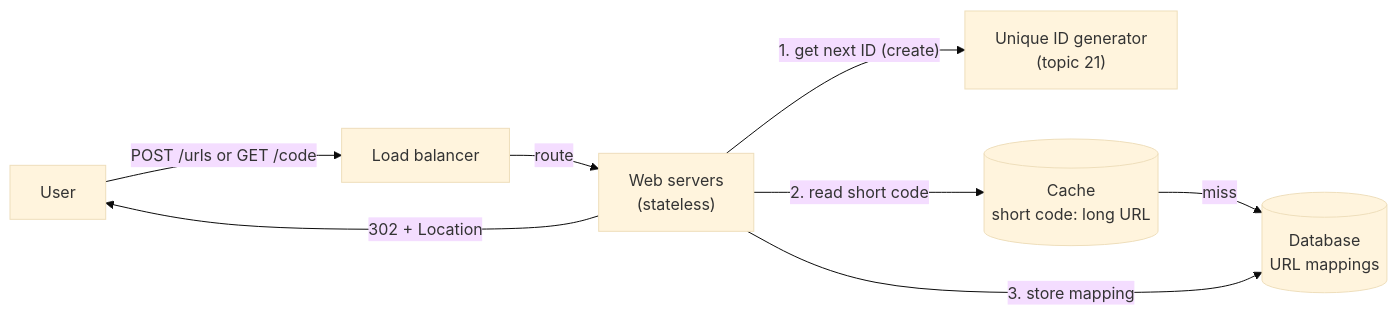
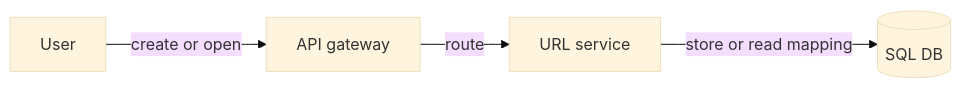
The first of 2 diagrams in hld/22-url-shortener.md (aaryan-pradhan/core-cs-fundamentals), drawn with Mermaid (base theme) before and after one commit. The commit also changed other lines of this file, not shown here.

Commit message:
Cut HLD topic 22 to basics

````diff
--- a/hld/22-url-shortener.md
+++ b/hld/22-url-shortener.md
@@ -63,10 +44,6 @@
 ```mermaid
 flowchart LR
-    U["User"] -->|"POST /urls or GET /code"| LB["Load balancer"]
-    LB -->|"route"| WS["Web servers<br/>(stateless)"]
-    WS -->|"1. get next ID (create)"| ID["Unique ID generator<br/>(topic 21)"]
-    WS -->|"2. read short code"| C[("Cache<br/>short code: long URL")]
-    C -->|"miss"| DB[("Database<br/>URL mappings")]
-    WS -->|"3. store mapping"| DB
-    WS -->|"302 + Location"| U
+    U["User"] -->|"create or open"| GW["API gateway"]
+    GW -->|"route"| US["URL service"]
+    US -->|"store or read mapping"| DB[("SQL DB")]
 ```
````
